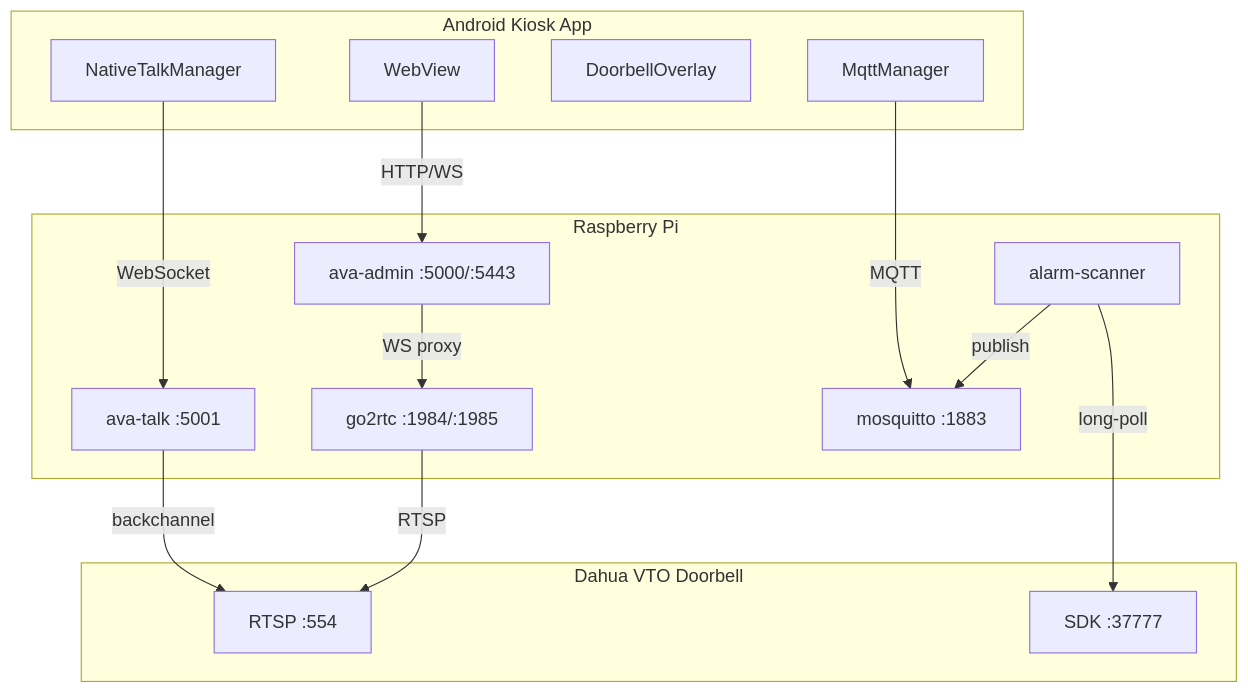
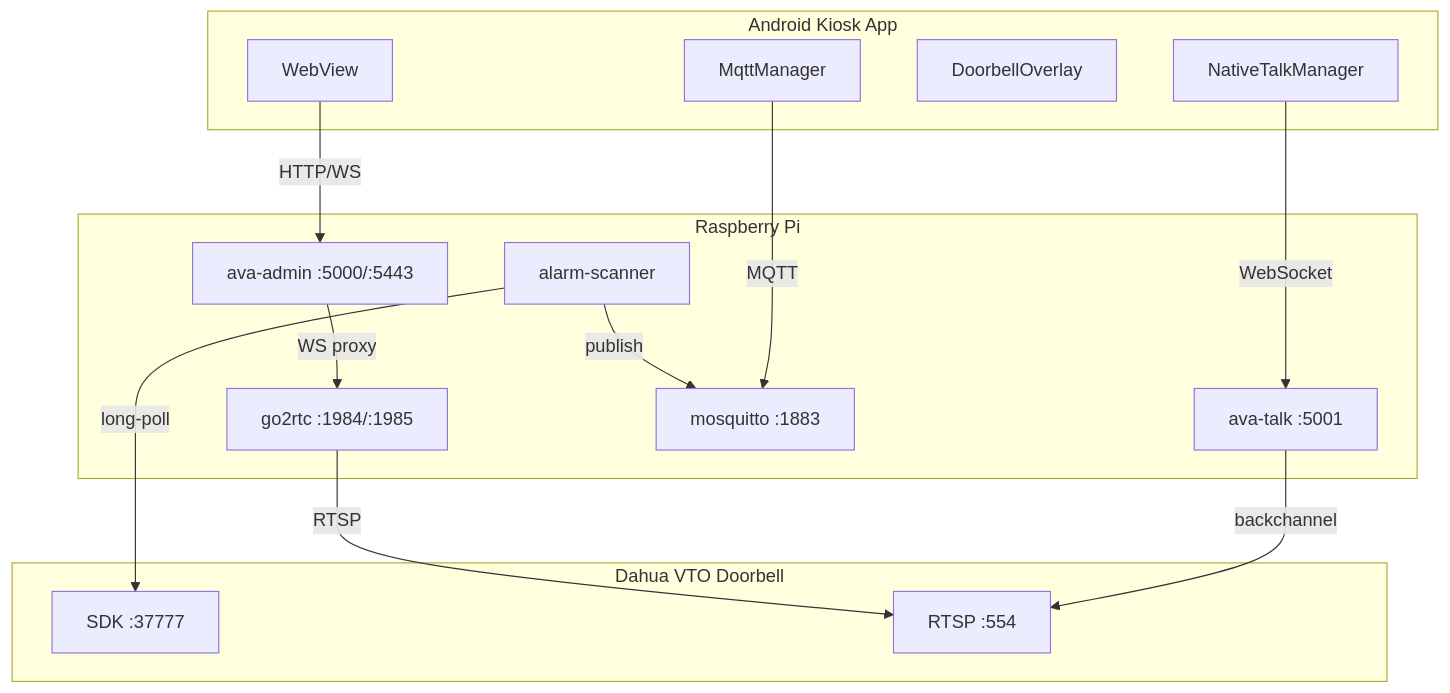
The first of 4 diagrams in README.md (superfeldy/ava-doorbell), drawn with Mermaid before and after one commit. The commit also changed other lines of this file, not shown here.

First line of the commit message:
Reorder Mermaid nodes to keep SDK clear of GitHub controls

````diff
--- a/README.md
+++ b/README.md
@@ -12,31 +12,31 @@
 ```mermaid
 graph TD
     subgraph Android["Android Kiosk App"]
         WV[WebView]
         NTM[NativeTalkManager]
         DO[DoorbellOverlay]
         MM[MqttManager]
     end
 
     subgraph Pi["Raspberry Pi"]
+        Alarm["alarm-scanner"]
+        Talk["ava-talk :5001"]
         Admin["ava-admin :5000/:5443"]
-        Talk["ava-talk :5001"]
         Go2rtc["go2rtc :1984/:1985"]
-        Alarm["alarm-scanner"]
         MQTT["mosquitto :1883"]
     end
 
     subgraph Doorbell["Dahua VTO Doorbell"]
+        SDK["SDK :37777"]
         RTSP["RTSP :554"]
-        SDK["SDK :37777"]
     end
 
     WV -- "HTTP/WS" --> Admin
     NTM -- "WebSocket" --> Talk
     MM -- "MQTT" --> MQTT
     Admin -- "WS proxy" --> Go2rtc
     Talk -- "backchannel" --> RTSP
     Alarm -- "long-poll" --> SDK
     Alarm -- "publish" --> MQTT
     Go2rtc -- "RTSP" --> RTSP
 ```
````
